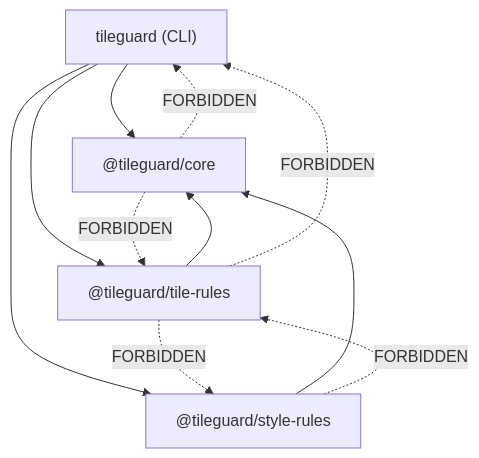
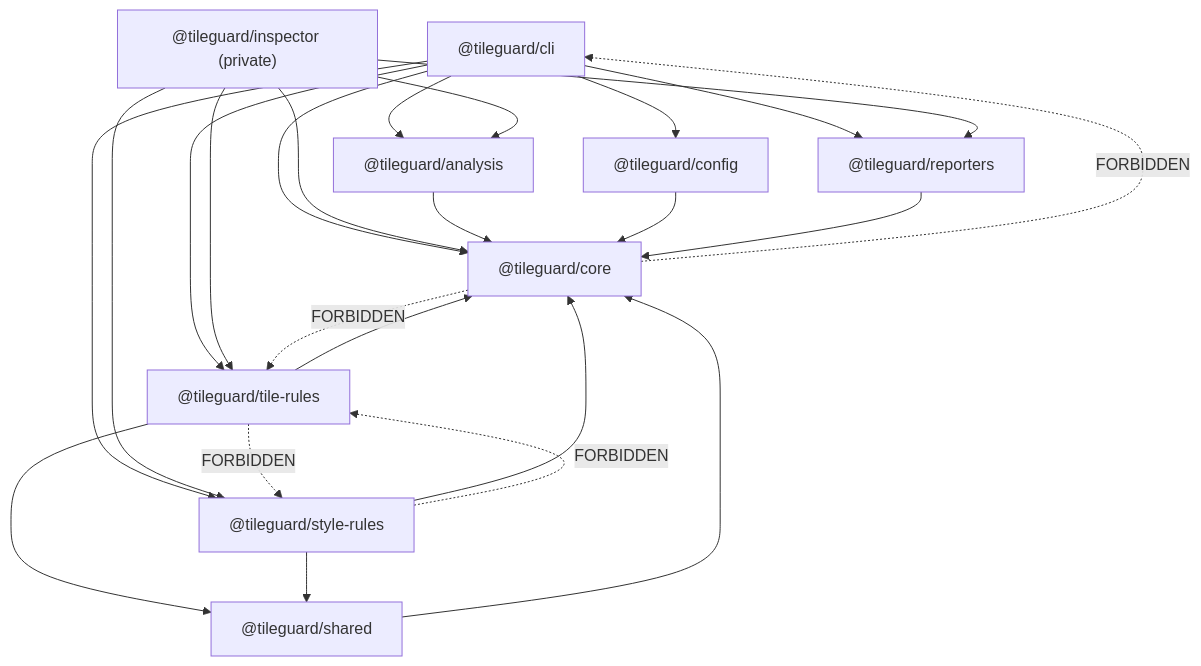
The diagram in docs/architecture/08-package-structure.md (shreeharshshinde/tileguard), drawn with Mermaid before and after one commit. The commit also changed other lines of this file and 1 other file, not shown here.

Commit message:
docs: enhance architecture and package structure documentation with new components and clarifications

````diff
--- a/docs/architecture/08-package-structure.md
+++ b/docs/architecture/08-package-structure.md
@@ -153,18 +259,36 @@
 ```mermaid
 graph TD
-    CLI["tileguard (CLI)"]
+    CLI["@tileguard/cli"]
+    Inspector["@tileguard/inspector (private)"]
+    Analysis["@tileguard/analysis"]
+    Config["@tileguard/config"]
+    Reporters["@tileguard/reporters"]
     TileRules["@tileguard/tile-rules"]
     StyleRules["@tileguard/style-rules"]
+    Shared["@tileguard/shared"]
     Core["@tileguard/core"]
 
     CLI --> Core
+    CLI --> Config
+    CLI --> Reporters
     CLI --> TileRules
     CLI --> StyleRules
+    CLI --> Analysis
+    Inspector --> Core
+    Inspector --> Analysis
+    Inspector --> Reporters
+    Inspector --> TileRules
+    Inspector --> StyleRules
+    Analysis --> Core
+    Config --> Core
+    Reporters --> Core
     TileRules --> Core
+    TileRules --> Shared
     StyleRules --> Core
+    StyleRules --> Shared
+    Shared --> Core
     TileRules -.->|FORBIDDEN| StyleRules
     StyleRules -.->|FORBIDDEN| TileRules
-    TileRules -.->|FORBIDDEN| CLI
     Core -.->|FORBIDDEN| TileRules
     Core -.->|FORBIDDEN| CLI
 ```
````
